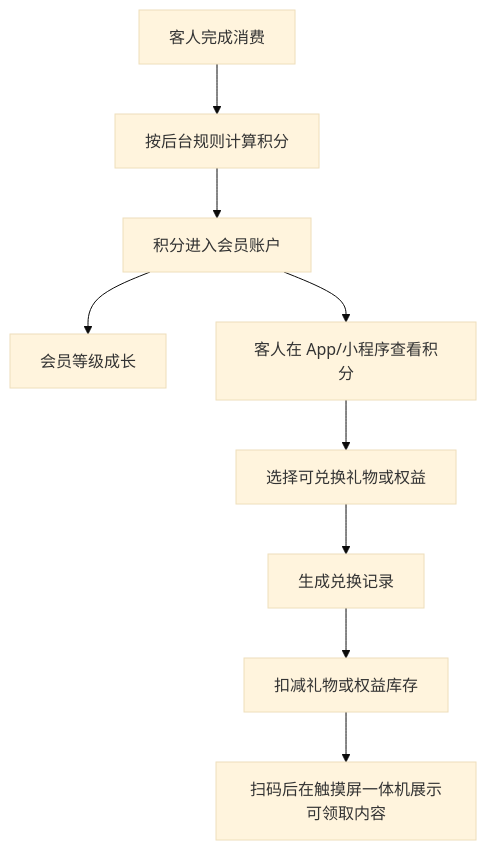
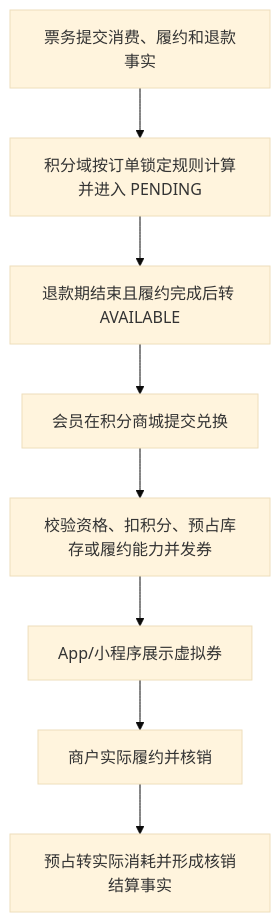
Before and after one commit to jxh1979/mall: the fifth of 5 diagrams in docs/ticketing-entitlement-checkin-product-prd-v0.1.md, drawn with Mermaid (base theme). The commit also changed other lines of this file and 8 other files, not shown here.

````diff
--- a/docs/ticketing-entitlement-checkin-product-prd-v0.1.md
+++ b/docs/ticketing-entitlement-checkin-product-prd-v0.1.md
@@ -291,11 +293,10 @@
 ```mermaid
 flowchart TD
-  A["客人完成消费"] --> B["按后台规则计算积分"]
-  B --> C["积分进入会员账户"]
-  C --> D["会员等级成长"]
-  C --> E["客人在 App/小程序查看积分"]
-  E --> F["选择可兑换礼物或权益"]
-  F --> G["生成兑换记录"]
-  G --> G1["扣减礼物或权益库存"]
-  G1 --> H["扫码后在触摸屏一体机展示可领取内容"]
+  A["票务提交消费、履约和退款事实"] --> B["积分域按订单锁定规则计算并进入 PENDING"]
+  B --> C["退款期结束且履约完成后转 AVAILABLE"]
+  C --> D["会员在积分商城提交兑换"]
+  D --> E["校验资格、扣积分、预占库存或履约能力并发券"]
+  E --> F["App/小程序展示虚拟券"]
+  F --> G["商户实际履约并核销"]
+  G --> H["预占转实际消耗并形成核销结算事实"]
 ```
````
